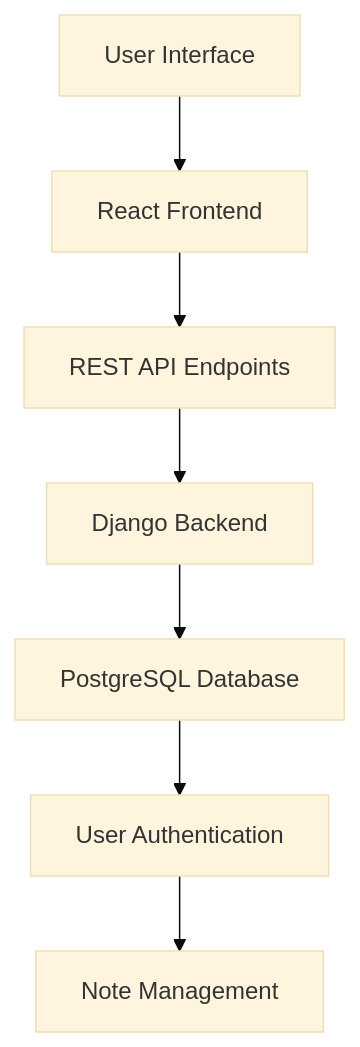
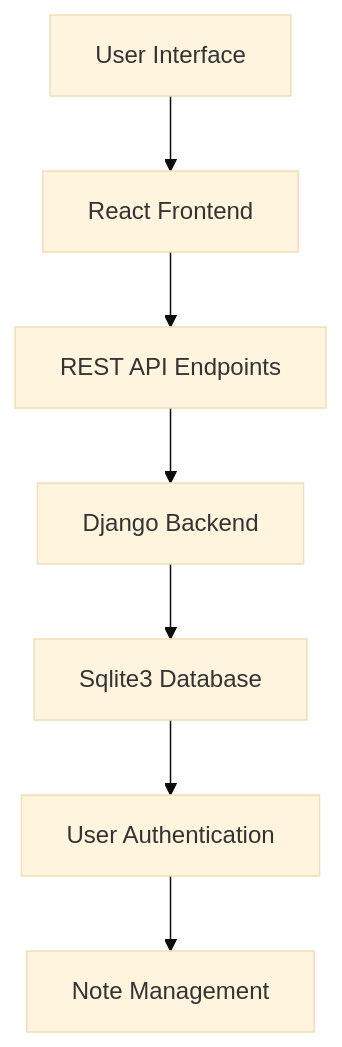
The first of 3 diagrams in README.md (AdityaK0/FullStackNoteApp-Django-ReactJs), drawn with Mermaid (base theme) before and after one commit. The commit also changed other lines of this file, not shown here.

````diff
--- a/README.md
+++ b/README.md
@@ -9,9 +9,9 @@
 ```mermaid
 flowchart TD
     A[User Interface] --> B[React Frontend]
     B --> C[REST API Endpoints]
     C --> D[Django Backend]
-    D --> E[PostgreSQL Database]
+    D --> E[Sqlite3 Database]
     E --> F[User Authentication]
     F --> G[Note Management]
 ```
````
